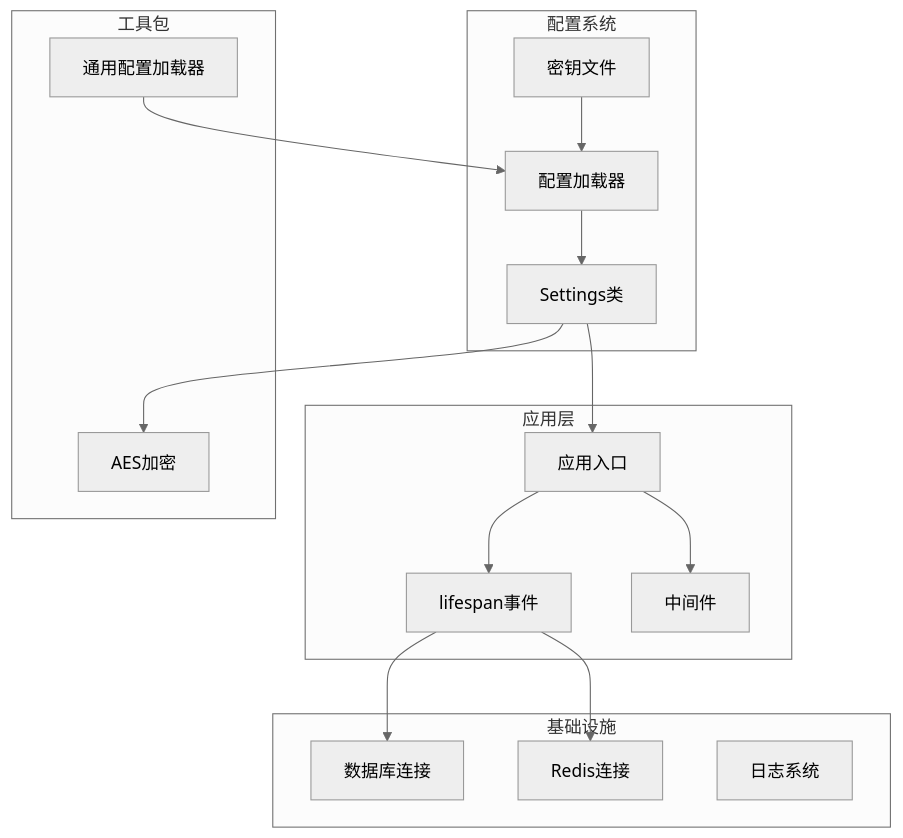
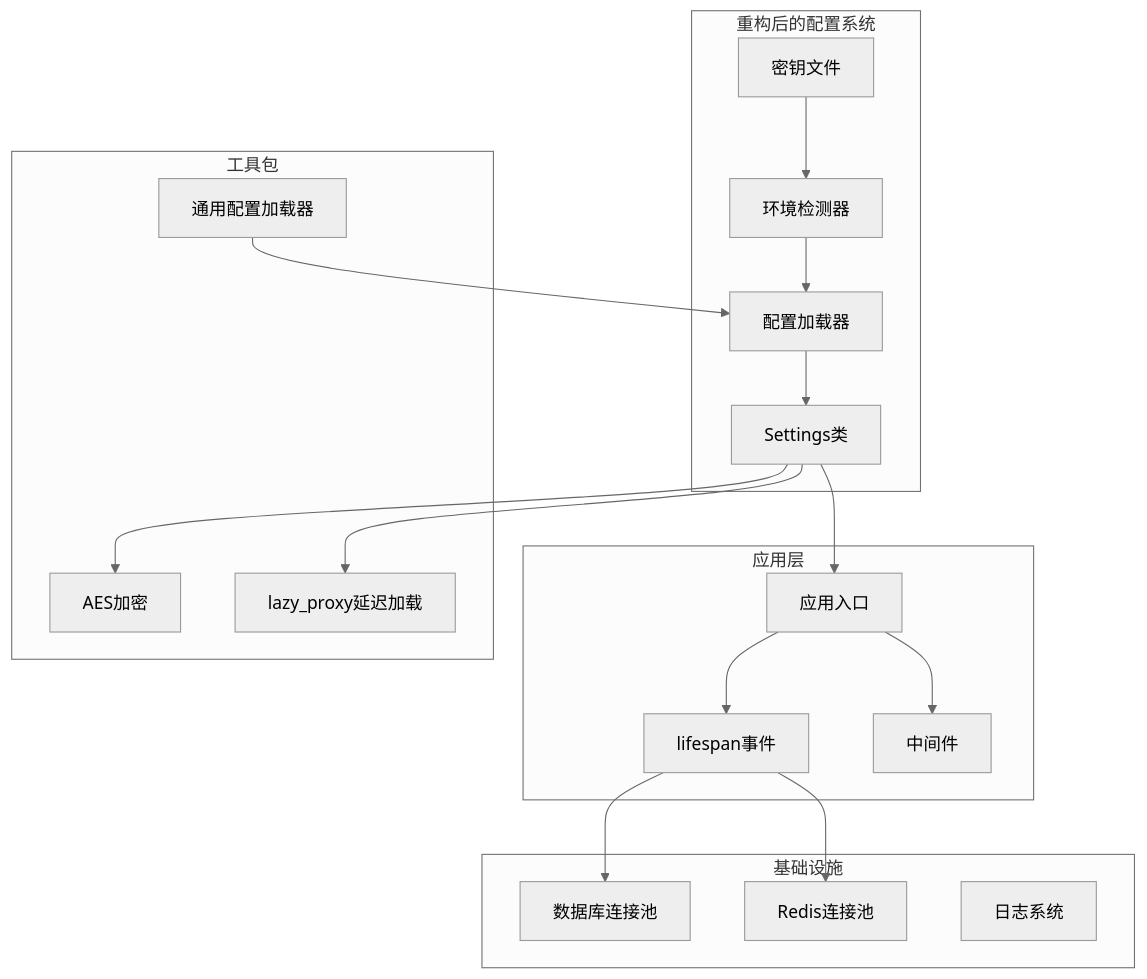
The sixth of 6 diagrams in .qoder/repowiki/zh/content/基础设施工具/配置系统.md (lilinzezzzzzz/fastapi-backend), drawn with Mermaid (neutral theme) before and after one commit. The commit also changed other lines of this file and 38 other files, not shown here.

````diff
--- a/.qoder/repowiki/zh/content/基础设施工具/配置系统.md
+++ b/.qoder/repowiki/zh/content/基础设施工具/配置系统.md
@@ -263,31 +294,35 @@
 ```mermaid
 graph TB
-subgraph "配置系统"
+subgraph "重构后的配置系统"
 Settings[Settings类]
-Loader[配置加载器]
+ConfigLoader[配置加载器]
+EnvDetector[环境检测器]
 Secrets[密钥文件]
 end
 subgraph "应用层"
 App[应用入口]
 Lifespan[lifespan事件]
 Middlewares[中间件]
 end
 subgraph "基础设施"
-Database[数据库连接]
-Redis[Redis连接]
+Database[数据库连接池]
+Redis[Redis连接池]
 Logger[日志系统]
 end
 subgraph "工具包"
 AES[AES加密]
 Toolkit[通用配置加载器]
+LazyProxy[lazy_proxy延迟加载]
 end
 Settings --> App
-Loader --> Settings
-Secrets --> Loader
+ConfigLoader --> Settings
+EnvDetector --> ConfigLoader
+Secrets --> EnvDetector
 App --> Lifespan
 Lifespan --> Database
 Lifespan --> Redis
 App --> Middlewares
 Settings --> AES
-Toolkit --> Loader
+Settings --> LazyProxy
+Toolkit --> ConfigLoader
 ```
````
